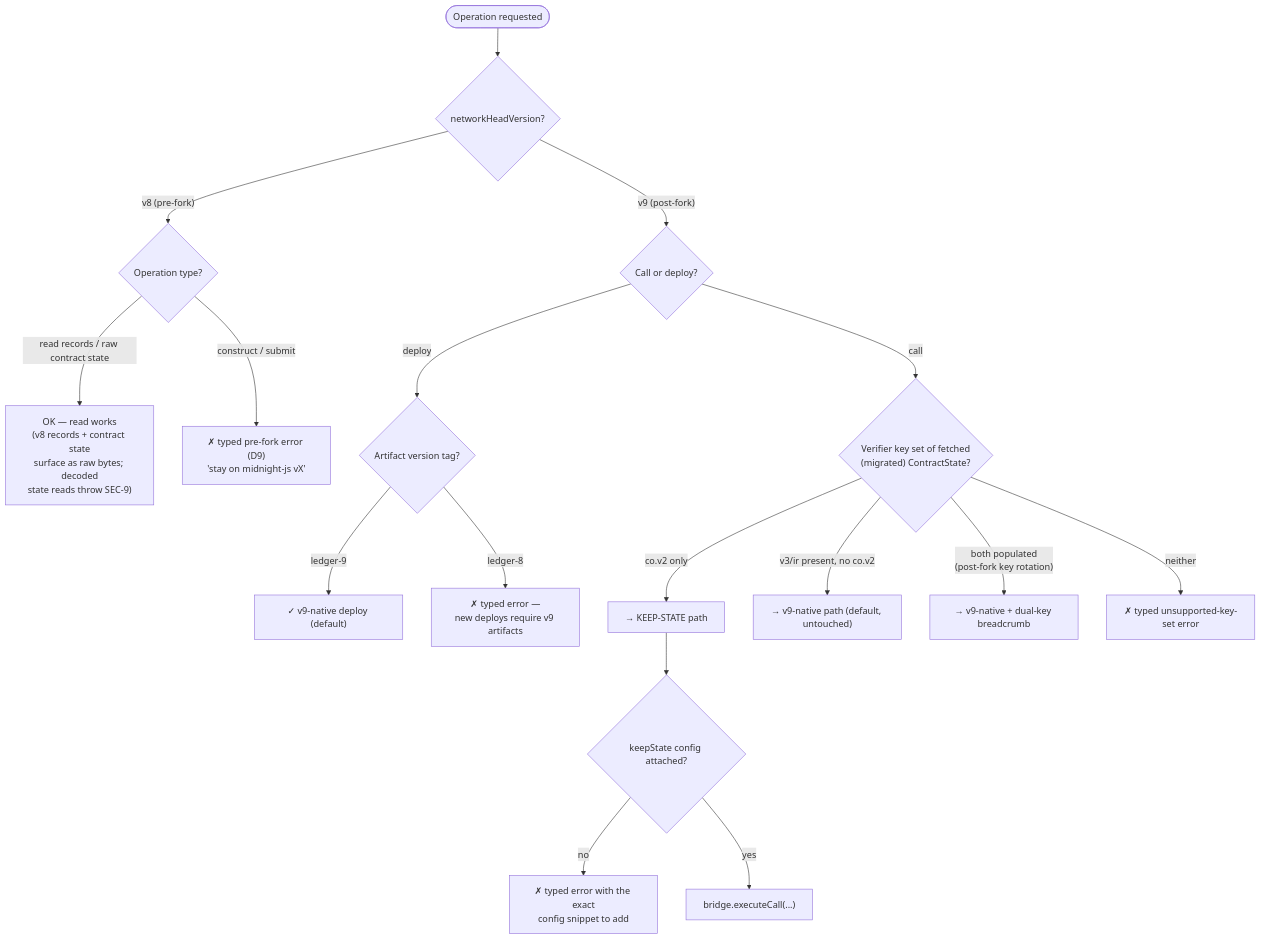
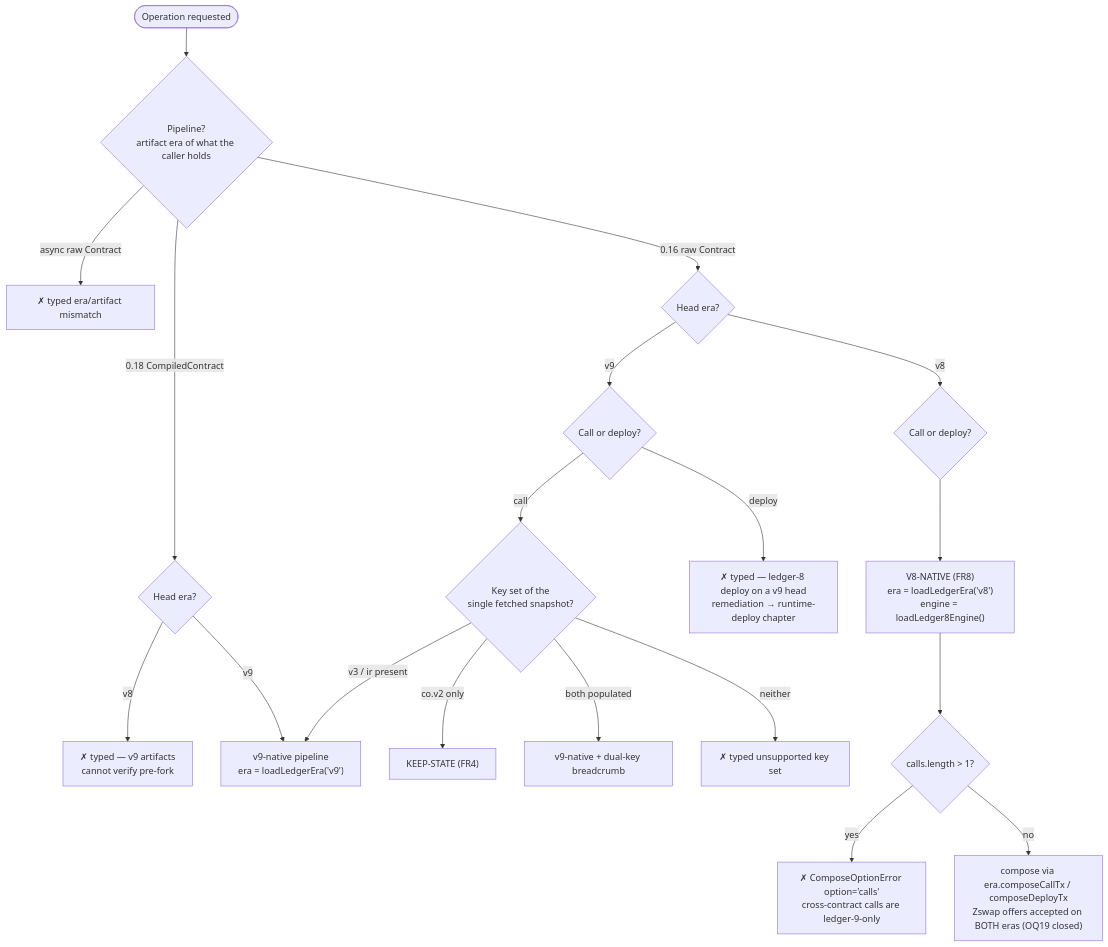
The fourth of 10 diagrams in docs/architecture/2026-08-05-ledger-v8-v9-dual-support-architecture.md (midnightntwrk/midnight-js), drawn with Mermaid before and after one commit. The commit also changed other lines of this file and 3 other files, not shown here.

First line of the commit message:
docs: reconcile HF spec and plans against the merged dual-ledger stack

````diff
--- a/docs/architecture/2026-08-05-ledger-v8-v9-dual-support-architecture.md
+++ b/docs/architecture/2026-08-05-ledger-v8-v9-dual-support-architecture.md
@@ -294,22 +239,25 @@
 ```mermaid
 flowchart TD
-    start(["Operation requested"]) --> head{"networkHeadVersion?"}
-    head -->|"v8 (pre-fork)"| prefork{"Operation type?"}
-    prefork -->|"read records / raw contract state"| readok["OK — read works<br/>(v8 records + contract state<br/>surface as raw bytes; decoded<br/>state reads throw SEC-9)"]
-    prefork -->|"construct / submit"| err1["✗ typed pre-fork error (D9)<br/>'stay on midnight-js vX'"]
-    head -->|"v9 (post-fork)"| op{"Call or deploy?"}
+    start(["Operation requested"]) --> pipe{"Pipeline?<br/>artifact era of what the caller holds"}
+    pipe -->|"async raw Contract"| errA["✗ typed era/artifact mismatch"]
+    pipe -->|"0.18 CompiledContract"| head18{"Head era?"}
+    pipe -->|"0.16 raw Contract"| head16{"Head era?"}
 
-    op -->|deploy| dep{"Artifact version tag?"}
-    dep -->|ledger-9| v9dep["✓ v9-native deploy (default)"]
-    dep -->|ledger-8| err2["✗ typed error —<br/>new deploys require v9 artifacts"]
+    head18 -->|v8| errB["✗ typed — v9 artifacts<br/>cannot verify pre-fork"]
+    head18 -->|v9| v9native["v9-native pipeline<br/>era = loadLedgerEra('v9')"]
 
-    op -->|call| keys{"Verifier key set of fetched<br/>(migrated) ContractState?"}
-    keys -->|"co.v2 only"| ks["→ KEEP-STATE path"]
-    keys -->|"v3/ir present, no co.v2"| v9call["→ v9-native path (default, untouched)"]
-    keys -->|"both populated<br/>(post-fork key rotation)"| both["→ v9-native + dual-key breadcrumb"]
-    keys -->|neither| err3["✗ typed unsupported-key-set error"]
+    head16 -->|v8| kind8{"Call or deploy?"}
+    head16 -->|v9| kind9{"Call or deploy?"}
+    kind8 --> v8native["V8-NATIVE (FR8)<br/>era = loadLedgerEra('v8')<br/>engine = loadLedger8Engine()"]
+    kind9 -->|deploy| errC["✗ typed — ledger-8 deploy on a v9 head<br/>remediation → runtime-deploy chapter"]
+    kind9 -->|call| keys{"Key set of the<br/>single fetched snapshot?"}
 
-    ks --> cfg{"keepState config attached?"}
-    cfg -->|no| err4["✗ typed error with the exact<br/>config snippet to add"]
-    cfg -->|yes| bridge["bridge.executeCall(...)"]
+    keys -->|"co.v2 only"| ks["KEEP-STATE (FR4)"]
+    keys -->|"v3 / ir present"| v9native
+    keys -->|"both populated"| dual["v9-native + dual-key breadcrumb"]
+    keys -->|neither| errD["✗ typed unsupported key set"]
+
+    v8native --> zsw{"calls.length > 1?"}
+    zsw -->|yes| errE["✗ ComposeOptionError option='calls'<br/>cross-contract calls are ledger-9-only"]
+    zsw -->|no| ok8["compose via era.composeCallTx / composeDeployTx<br/>Zswap offers accepted on BOTH eras (OQ19 closed)"]
 ```
````
